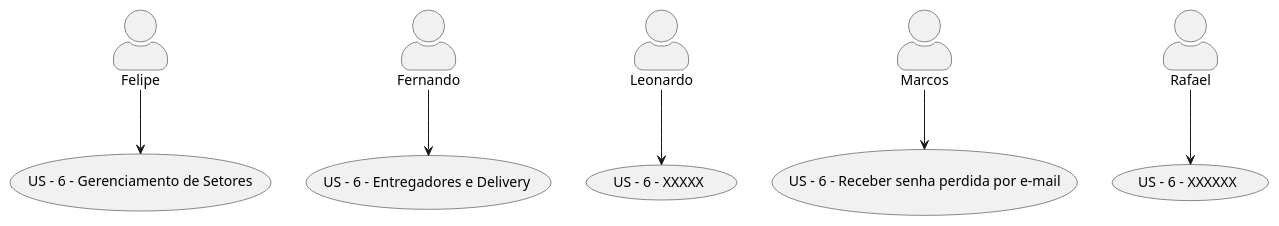
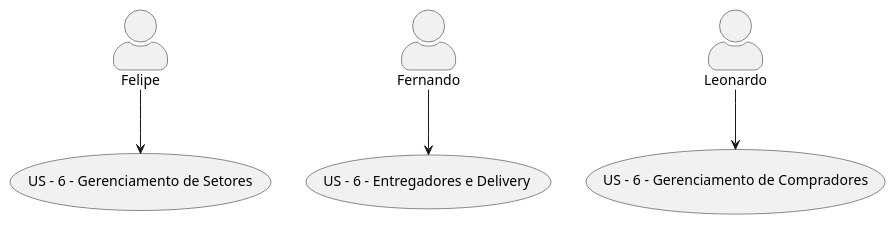
Before and after one commit to netto-meli/w4g9-projeto-final: the first of 2 diagrams in docs/guide/README.md, drawn with PlantUML. The commit also changed other lines of this file and 331 other files, not shown here.

````diff
--- a/docs/guide/README.md
+++ b/docs/guide/README.md
@@ -93,15 +10,11 @@
 ``` plantuml
 @startuml
 skinparam actorStyle awesome
 "Felipe" as flp
 "Fernando" as frn
 "Leonardo" as lnd
-"Marcos" as mcs
-"Rafael" as rfl
 flp --> (US - 6 - Gerenciamento de Setores)
 frn --> (US - 6 - Entregadores e Delivery)
-lnd --> (US - 6 - XXXXX)
-mcs --> (US - 6 - Receber senha perdida por e-mail)
-rfl --> (US - 6 - XXXXXX)
+lnd --> (US - 6 - Gerenciamento de Compradores)
 @enduml
 ```
````
